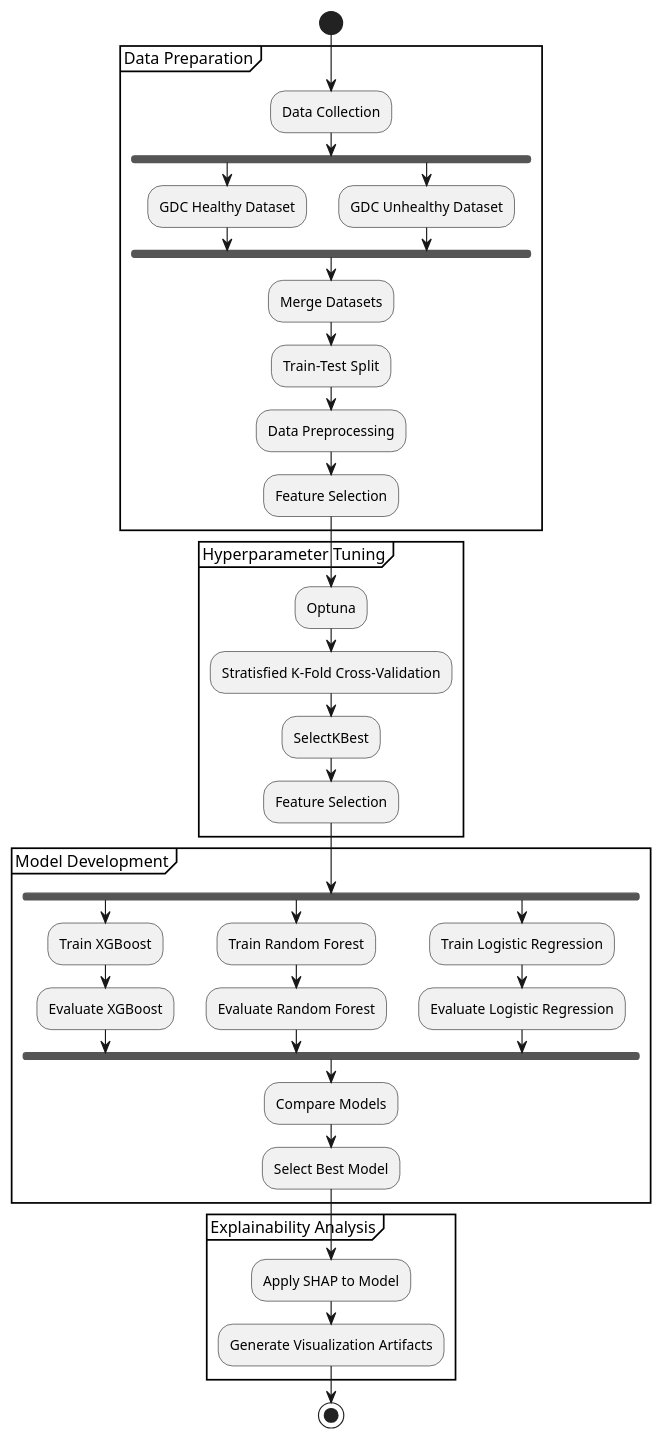
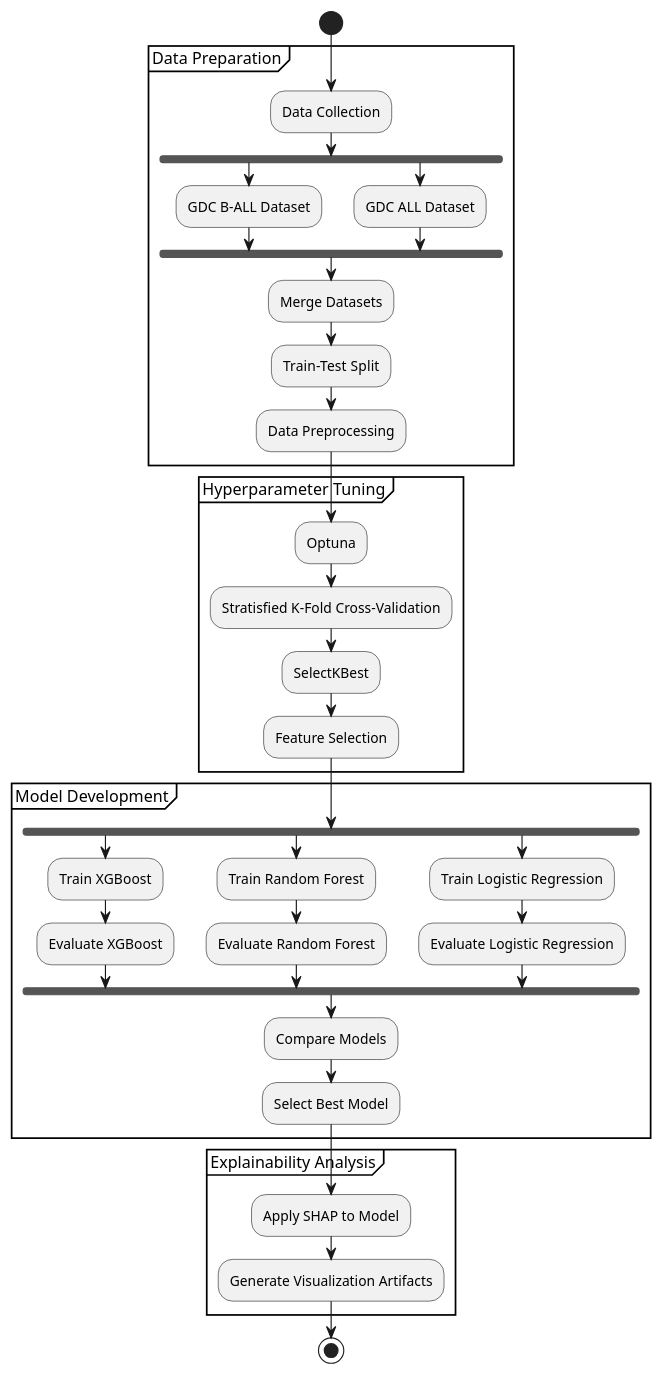
The diagram in PlantUML/workflow.puml (Wesley1701/XAIForB-ALL), drawn with PlantUML before and after one commit.

Commit message:
Updated workflow

```diff
--- a/PlantUML/workflow.puml
+++ b/PlantUML/workflow.puml
@@ -1,51 +1,50 @@
 @startuml Workflow
 
 start
 
 partition "Data Preparation" {
     :Data Collection;
 
     fork
-        :GDC Healthy Dataset;
+        :GDC B-ALL Dataset;
     fork again
-        :GDC Unhealthy Dataset;
+        :GDC ALL Dataset;
     end fork
 
     :Merge Datasets;
     :Train-Test Split;
     :Data Preprocessing;
-    :Feature Selection;
 }
 
 partition "Hyperparameter Tuning" {
     :Optuna;
     :Stratisfied K-Fold Cross-Validation;
     :SelectKBest;
     :Feature Selection;
 }
 
 partition "Model Development" {
     fork
         :Train XGBoost;
         :Evaluate XGBoost;
     fork again
         :Train Random Forest;
         :Evaluate Random Forest;
     fork again
         :Train Logistic Regression;
         :Evaluate Logistic Regression;
     end fork
 
     :Compare Models;
     :Select Best Model;
 }
 
 partition "Explainability Analysis" {
     :Apply SHAP to Model;
 
     :Generate Visualization Artifacts;
 }
 
 stop
 
 @enduml
```
